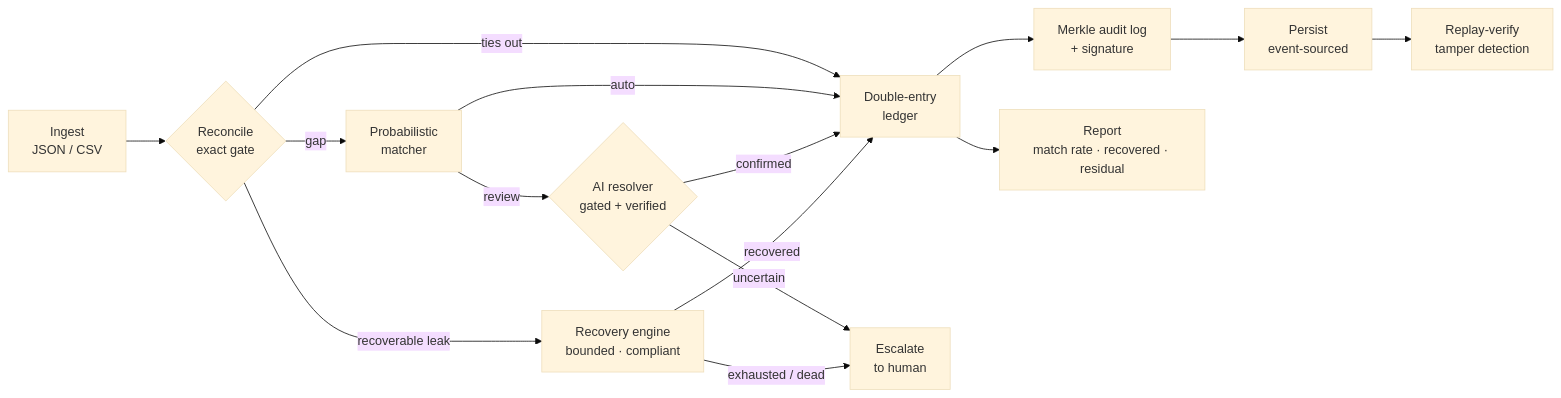
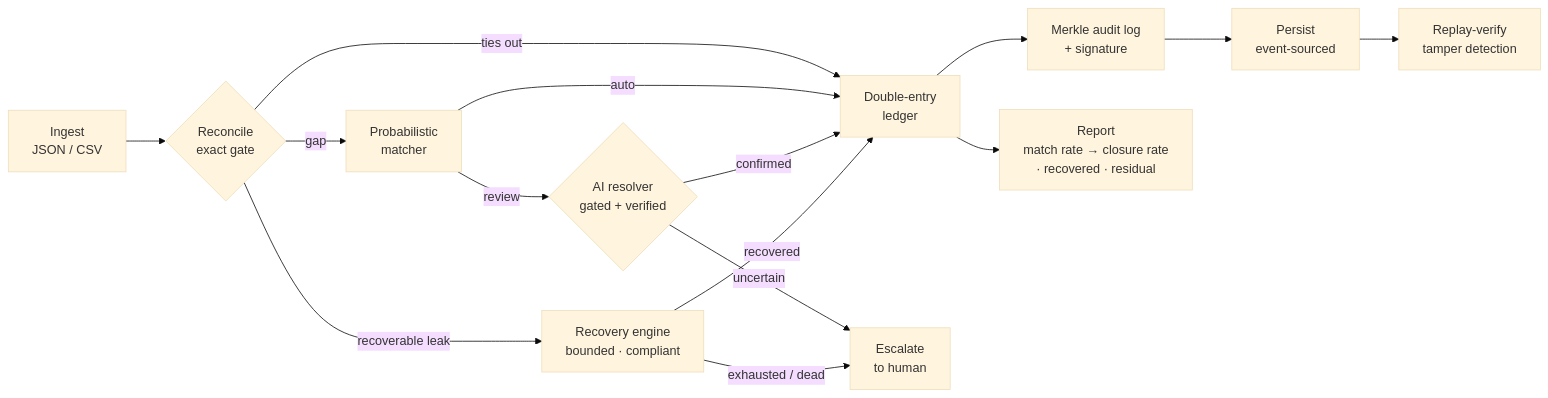
The first of 2 diagrams in README.md (Dupahar/RECLAIM), drawn with Mermaid (base theme) before and after one commit. The commit also changed other lines of this file and 18 other files, not shown here.

First line of the commit message:
fix: close three integrity gaps; add demo runbook and architecture diagram

````diff
--- a/README.md
+++ b/README.md
@@ -62,17 +65,17 @@
 ```mermaid
 flowchart LR
     A["Ingest<br/>JSON / CSV"] --> B{"Reconcile<br/>exact gate"}
     B -->|"ties out"| L["Double-entry<br/>ledger"]
     B -->|"gap"| F["Probabilistic<br/>matcher"]
     F -->|"auto"| L
     F -->|"review"| R{"AI resolver<br/>gated + verified"}
     R -->|"confirmed"| L
     R -->|"uncertain"| H["Escalate<br/>to human"]
     B -->|"recoverable leak"| RC["Recovery engine<br/>bounded · compliant"]
     RC -->|"recovered"| L
     RC -->|"exhausted / dead"| H
     L --> AU["Merkle audit log<br/>+ signature"]
     AU --> P["Persist<br/>event-sourced"]
     P --> V["Replay-verify<br/>tamper detection"]
-    L --> RP["Report<br/>match rate · recovered · residual"]
+    L --> RP["Report<br/>match rate → closure rate<br/>· recovered · residual"]
 ```
````
